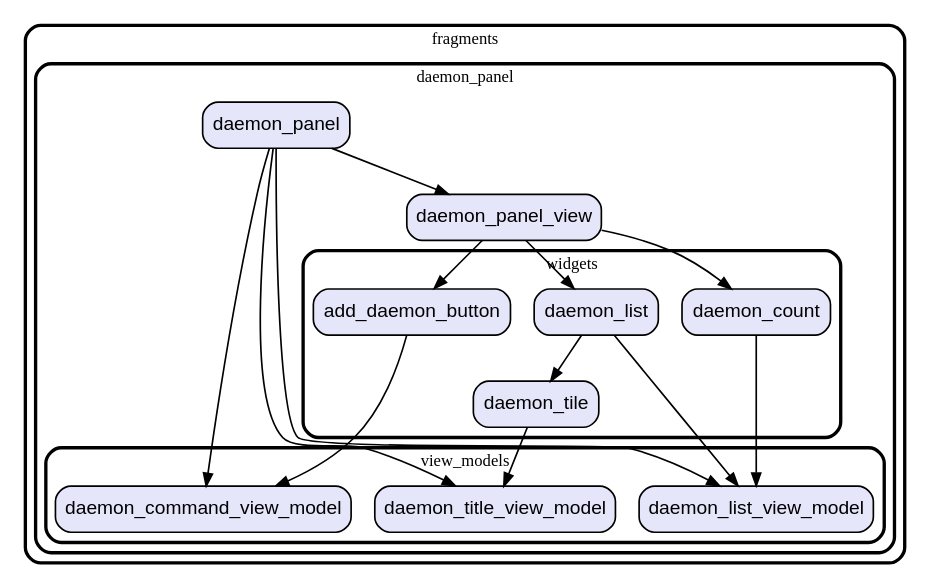
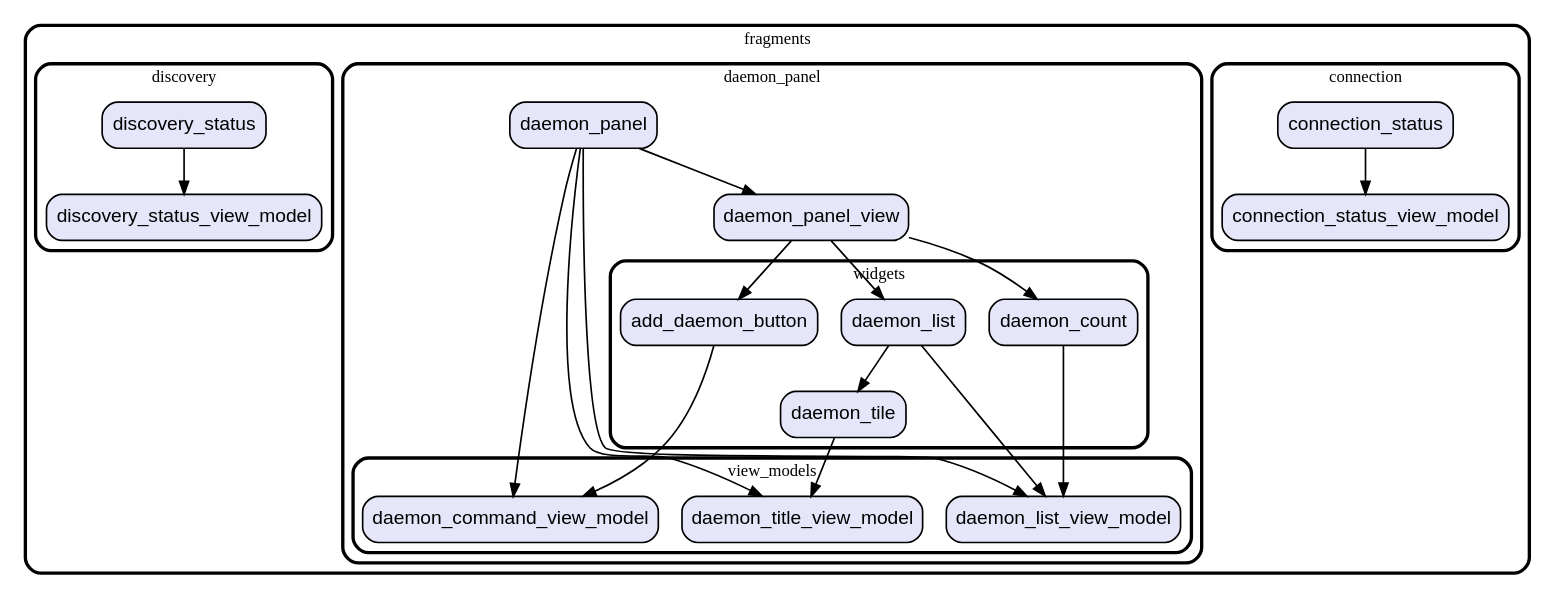
Before and after one commit to gev/reacthome-mobile: the diagram in graph/lib/ui/fragments.dot, drawn with Graphviz. The commit also changed 19 other files, not shown here.

Commit message:
update dependencies graph

```diff
--- a/graph/lib/ui/fragments.dot
+++ b/graph/lib/ui/fragments.dot
@@ -1,47 +1,63 @@
 digraph "" {
   graph [style=rounded fontname="Arial Black" fontsize=13 penwidth=2.6];
   node [shape=rect style="filled,rounded" fontname=Arial fontsize=15 fillcolor=Lavender penwidth=1.3];
   edge [penwidth=1.3];
+  "/connection/connection_status_view_model.dart" [label="connection_status_view_model"];
+  "/connection/connection_status.dart" [label="connection_status"];
   "/daemon_panel/view_models/daemon_command_view_model.dart" [label="daemon_command_view_model"];
   "/daemon_panel/view_models/daemon_title_view_model.dart" [label="daemon_title_view_model"];
   "/daemon_panel/view_models/daemon_list_view_model.dart" [label="daemon_list_view_model"];
   "/daemon_panel/daemon_panel.dart" [label="daemon_panel"];
   "/daemon_panel/daemon_panel_view.dart" [label="daemon_panel_view"];
   "/daemon_panel/widgets/daemon_tile.dart" [label="daemon_tile"];
   "/daemon_panel/widgets/daemon_list.dart" [label="daemon_list"];
   "/daemon_panel/widgets/daemon_count.dart" [label="daemon_count"];
   "/daemon_panel/widgets/add_daemon_button.dart" [label="add_daemon_button"];
+  "/discovery/discovery_status.dart" [label="discovery_status"];
+  "/discovery/discovery_status_view_model.dart" [label="discovery_status_view_model"];
   subgraph "cluster~" {
     label="fragments";
+    subgraph "cluster~/connection" {
+      label="connection";
+      "/connection/connection_status_view_model.dart";
+      "/connection/connection_status.dart";
+    }
     subgraph "cluster~/daemon_panel" {
       label="daemon_panel";
       "/daemon_panel/daemon_panel.dart";
       "/daemon_panel/daemon_panel_view.dart";
       subgraph "cluster~/daemon_panel/view_models" {
         label="view_models";
         "/daemon_panel/view_models/daemon_command_view_model.dart";
         "/daemon_panel/view_models/daemon_title_view_model.dart";
         "/daemon_panel/view_models/daemon_list_view_model.dart";
       }
       subgraph "cluster~/daemon_panel/widgets" {
         label="widgets";
         "/daemon_panel/widgets/daemon_tile.dart";
         "/daemon_panel/widgets/daemon_list.dart";
         "/daemon_panel/widgets/daemon_count.dart";
         "/daemon_panel/widgets/add_daemon_button.dart";
       }
     }
+    subgraph "cluster~/discovery" {
+      label="discovery";
+      "/discovery/discovery_status.dart";
+      "/discovery/discovery_status_view_model.dart";
+    }
   }
+  "/connection/connection_status.dart" -> "/connection/connection_status_view_model.dart";
   "/daemon_panel/daemon_panel.dart" -> "/daemon_panel/daemon_panel_view.dart";
   "/daemon_panel/daemon_panel.dart" -> "/daemon_panel/view_models/daemon_command_view_model.dart";
   "/daemon_panel/daemon_panel.dart" -> "/daemon_panel/view_models/daemon_list_view_model.dart";
   "/daemon_panel/daemon_panel.dart" -> "/daemon_panel/view_models/daemon_title_view_model.dart";
   "/daemon_panel/daemon_panel_view.dart" -> "/daemon_panel/widgets/add_daemon_button.dart";
+  "/daemon_panel/daemon_panel_view.dart" -> "/daemon_panel/widgets/daemon_count.dart";
   "/daemon_panel/daemon_panel_view.dart" -> "/daemon_panel/widgets/daemon_list.dart";
-  "/daemon_panel/daemon_panel_view.dart" -> "/daemon_panel/widgets/daemon_count.dart";
   "/daemon_panel/widgets/daemon_tile.dart" -> "/daemon_panel/view_models/daemon_title_view_model.dart";
   "/daemon_panel/widgets/daemon_list.dart" -> "/daemon_panel/view_models/daemon_list_view_model.dart";
   "/daemon_panel/widgets/daemon_list.dart" -> "/daemon_panel/widgets/daemon_tile.dart";
   "/daemon_panel/widgets/daemon_count.dart" -> "/daemon_panel/view_models/daemon_list_view_model.dart";
   "/daemon_panel/widgets/add_daemon_button.dart" -> "/daemon_panel/view_models/daemon_command_view_model.dart";
+  "/discovery/discovery_status.dart" -> "/discovery/discovery_status_view_model.dart";
 }
```
